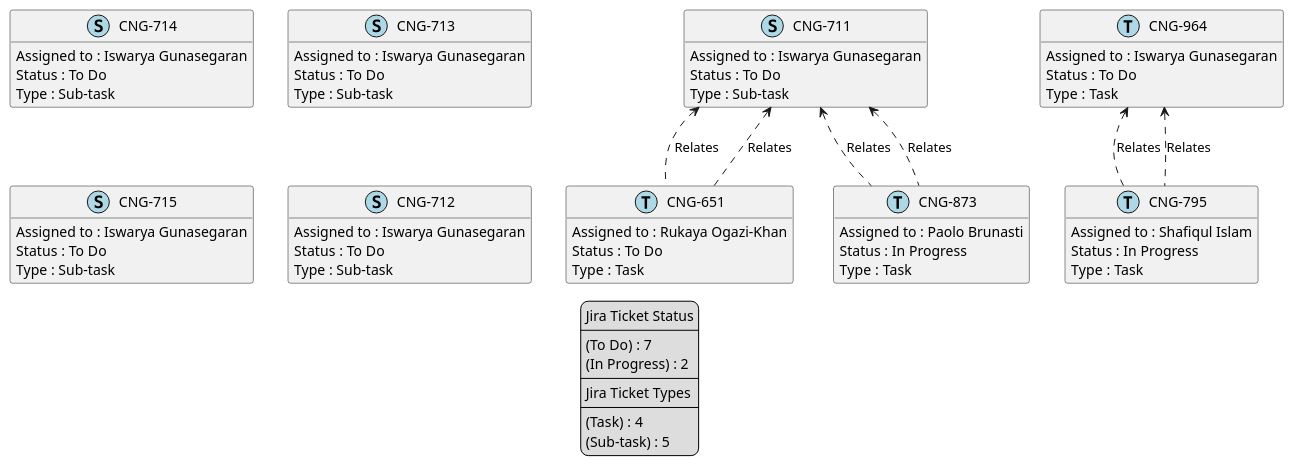
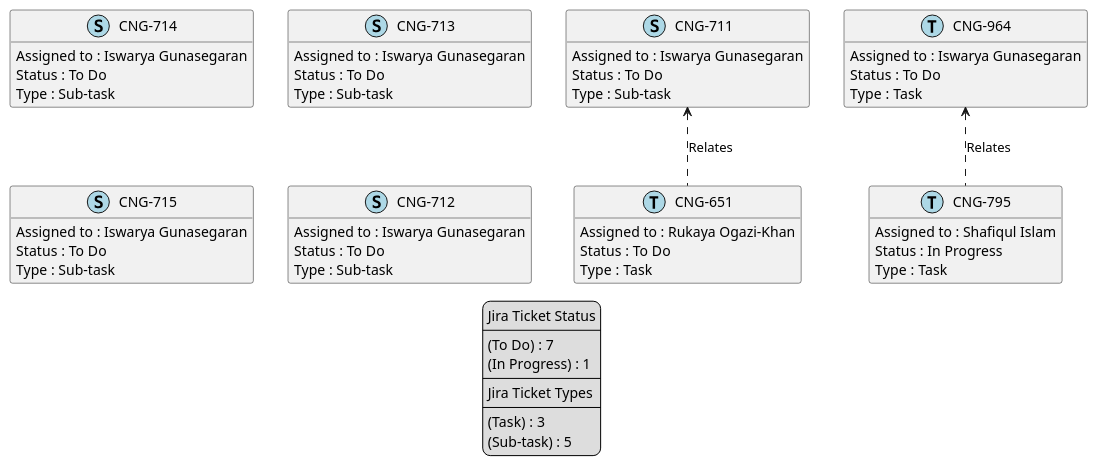
Before and after one commit to brunasti/jiraplotter: the diagram in temp/jira-Iswarya Gunasegaran.puml, drawn with PlantUML. The commit also changed 53 other files, not shown here.

```diff
--- a/temp/jira-Iswarya Gunasegaran.puml
+++ b/temp/jira-Iswarya Gunasegaran.puml
@@ -1,88 +1,78 @@
 @startuml
 'https://plantuml.com/class-diagram
 
 ' GENERATE CLASS DIAGRAM ===========
-' Generated at    : Mon Apr 15 15:18:49 CEST 2024
+' Generated at    : Mon Apr 15 15:33:04 CEST 2024
 
 hide empty members
 
 legend
 Jira Ticket Status
 ----
 (To Do) : 7
-(In Progress) : 2
+(In Progress) : 1
 ----
 Jira Ticket Types
 ----
-(Task) : 4
+(Task) : 3
 (Sub-task) : 5
 end legend
 
 
 ' Tickets =======
 class "CNG-714" << (S,lightblue) >> {
   Assigned to : Iswarya Gunasegaran
   Status : To Do
   Type : Sub-task
 }
 
 class "CNG-713" << (S,lightblue) >> {
   Assigned to : Iswarya Gunasegaran
   Status : To Do
   Type : Sub-task
 }
 
 class "CNG-715" << (S,lightblue) >> {
   Assigned to : Iswarya Gunasegaran
   Status : To Do
   Type : Sub-task
 }
 
 class "CNG-651" << (T,lightblue) >> {
   Assigned to : Rukaya Ogazi-Khan
   Status : To Do
-  Type : Task
-}
-
-class "CNG-873" << (T,lightblue) >> {
-  Assigned to : Paolo Brunasti
-  Status : In Progress
   Type : Task
 }
 
 class "CNG-795" << (T,lightblue) >> {
   Assigned to : Shafiqul Islam
   Status : In Progress
   Type : Task
 }
 
 class "CNG-712" << (S,lightblue) >> {
   Assigned to : Iswarya Gunasegaran
   Status : To Do
   Type : Sub-task
 }
 
 class "CNG-711" << (S,lightblue) >> {
   Assigned to : Iswarya Gunasegaran
   Status : To Do
   Type : Sub-task
 }
 
 class "CNG-964" << (T,lightblue) >> {
   Assigned to : Iswarya Gunasegaran
   Status : To Do
   Type : Task
 }
 
 
 
 ' Links =======
-"CNG-711" <.. "CNG-873" : Relates
-"CNG-711" <.. "CNG-873" : Relates
 "CNG-711" <.. "CNG-651" : Relates
-"CNG-711" <.. "CNG-651" : Relates
-"CNG-964" <.. "CNG-795" : Relates
 "CNG-964" <.. "CNG-795" : Relates
 
 
 @enduml
```
